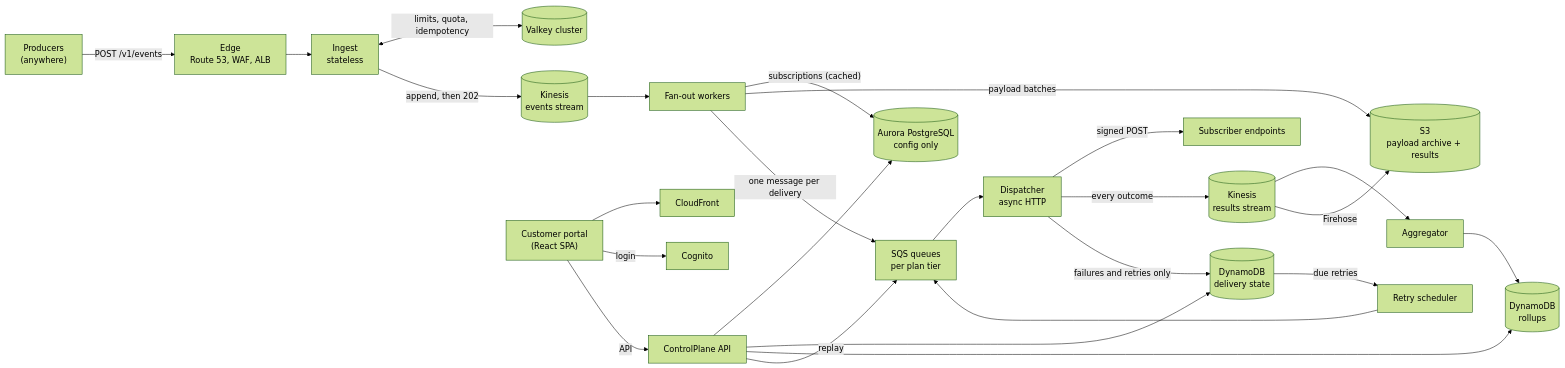
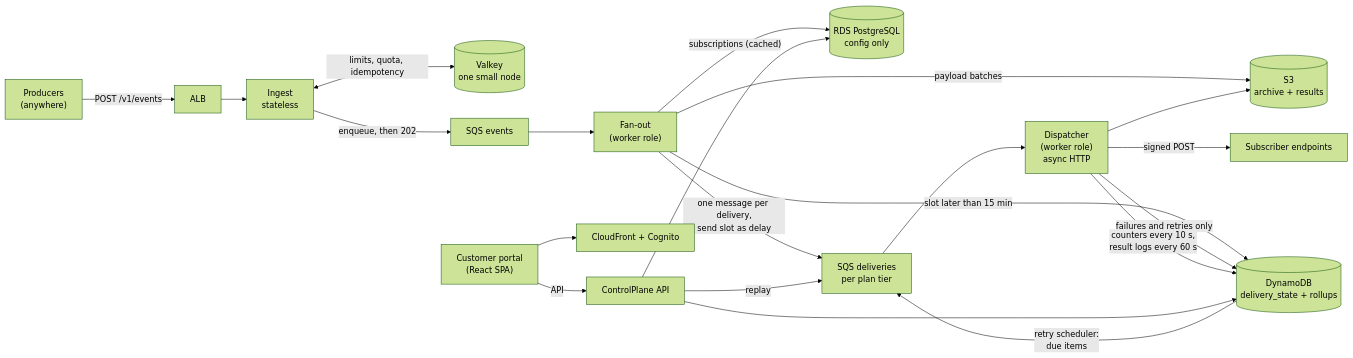
One commit to twobudgies/WebhookGateway changed the first of 7 diagrams in docs/architecture.md. Above: the diagram before and after it, drawn with Mermaid (forest theme). The commit also changed other lines of this file and 6 other files, not shown here.

Commit message:
docs: architecture v4 - cost-first Stage 1 on SQS (no Kinesis), cost model

````diff
--- a/docs/architecture.md
+++ b/docs/architecture.md
@@ -44,27 +50,23 @@
 ```mermaid
 flowchart LR
-  P["Producers<br/>(anywhere)"] -->|"POST /v1/events"| E["Edge<br/>Route 53, WAF, ALB"]
+  P["Producers<br/>(anywhere)"] -->|"POST /v1/events"| E["ALB"]
   E --> I["Ingest<br/>stateless"]
-  I <-->|"limits, quota, idempotency"| V[("Valkey cluster")]
-  I -->|"append, then 202"| K1[("Kinesis<br/>events stream")]
-  K1 --> F["Fan-out workers"]
-  F -->|"subscriptions (cached)"| PG[("Aurora PostgreSQL<br/>config only")]
-  F -->|"payload batches"| S3[("S3<br/>payload archive + results")]
-  F -->|"one message per delivery"| Q["SQS queues<br/>per plan tier"]
-  Q --> D["Dispatcher<br/>async HTTP"]
+  I <-->|"limits, quota, idempotency"| V[("Valkey<br/>one small node")]
+  I -->|"enqueue, then 202"| QE["SQS events"]
+  QE --> F["Fan-out<br/>(worker role)"]
+  F -->|"subscriptions (cached)"| PG[("RDS PostgreSQL<br/>config only")]
+  F -->|"payload batches"| S3[("S3<br/>archive + results")]
+  F -->|"one message per delivery,<br/>send slot as delay"| Q["SQS deliveries<br/>per plan tier"]
+  F -->|"slot later than 15 min"| DY[("DynamoDB<br/>delivery_state + rollups")]
+  Q --> D["Dispatcher<br/>(worker role)<br/>async HTTP"]
   D -->|"signed POST"| SUB["Subscriber endpoints"]
-  D -->|"every outcome"| K2[("Kinesis<br/>results stream")]
-  D -->|"failures and retries only"| DDB[("DynamoDB<br/>delivery state")]
-  DDB -->|"due retries"| RS["Retry scheduler"]
-  RS --> Q
-  K2 --> A["Aggregator"]
-  K2 -->|"Firehose"| S3
-  A --> RO[("DynamoDB<br/>rollups")]
-  UI["Customer portal<br/>(React SPA)"] --> CF["CloudFront"]
-  UI -->|"login"| CG["Cognito"]
+  D -->|"failures and retries only"| DY
+  D -->|"counters every 10 s,<br/>result logs every 60 s"| DY
+  D --> S3
+  DY -->|"retry scheduler:<br/>due items"| Q
+  UI["Customer portal<br/>(React SPA)"] --> CF["CloudFront + Cognito"]
   UI -->|"API"| CP["ControlPlane API"]
   CP --> PG
-  CP --> DDB
-  CP --> RO
+  CP --> DY
   CP -->|"replay"| Q
 ```
````
